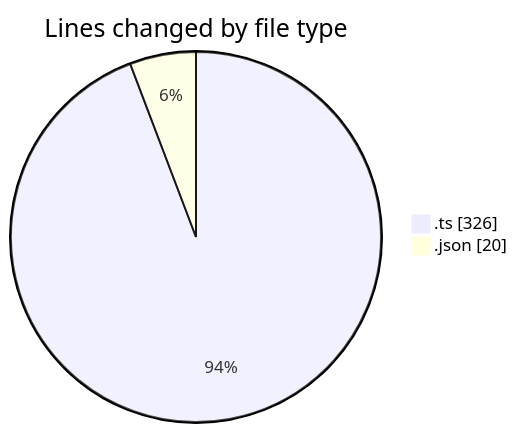
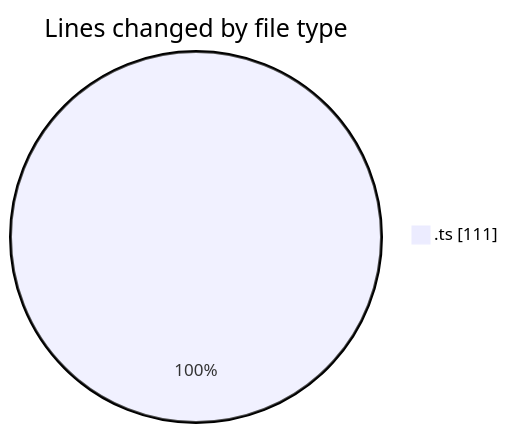
Before and after one commit to momahboobian/code-tracking: the first of 2 diagrams in 2025-05-20/cda/README.md, drawn with Mermaid. The commit also changed other lines of this file and 1 other file, not shown here.

````diff
--- a/2025-05-20/cda/README.md
+++ b/2025-05-20/cda/README.md
@@ -22,6 +20,5 @@
 ```mermaid
 pie showData
 title Lines changed by file type
-".ts" : 326
-".json" : 20
+".ts" : 111
 ```
````
